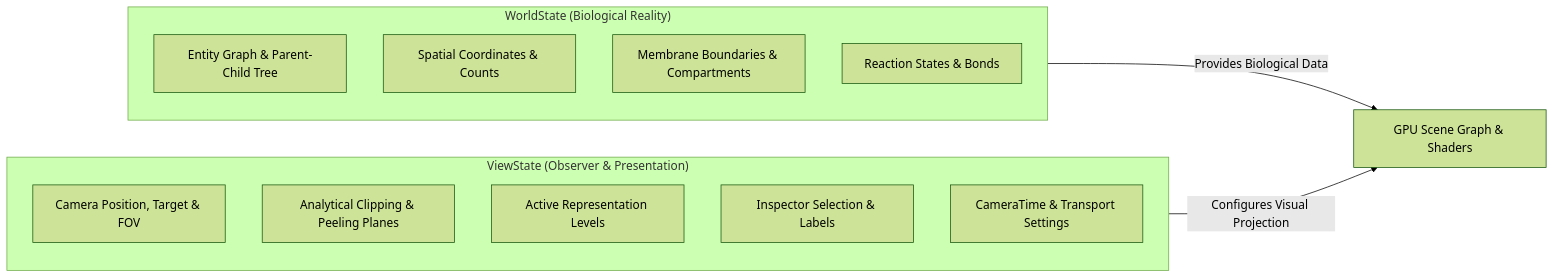
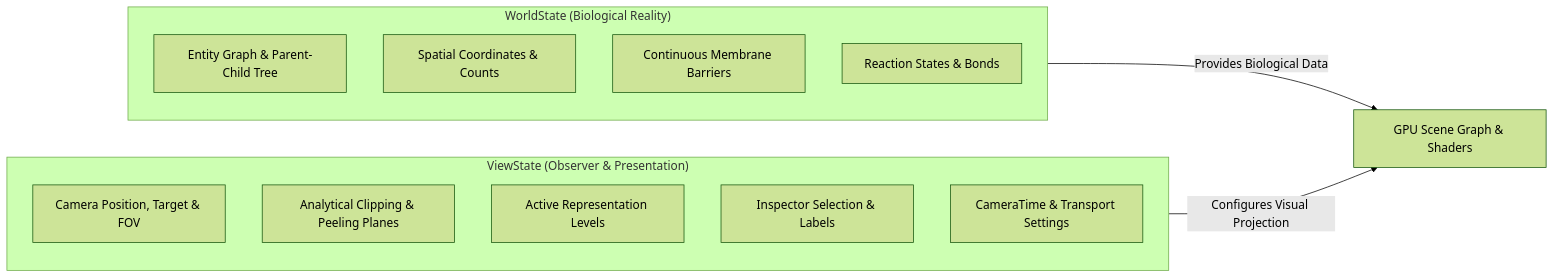
The first of 2 diagrams in docs/MILESTONE_01_SCALE_SPINE_DESIGN.md (thisizkavi-lab/the-seamless-cell), drawn with Mermaid (forest theme) before and after one commit. The commit also changed other lines of this file and 1 other file, not shown here.

Commit message:
docs: incorporate Phase 0 final review corrections across architecture audit and Milestone 1 design

````diff
--- a/docs/MILESTONE_01_SCALE_SPINE_DESIGN.md
+++ b/docs/MILESTONE_01_SCALE_SPINE_DESIGN.md
@@ -78,20 +76,20 @@
 ```mermaid
 graph LR
     subgraph WorldState["WorldState (Biological Reality)"]
         WS_Entities[Entity Graph & Parent-Child Tree]
         WS_Molecules[Spatial Coordinates & Counts]
-        WS_Topology[Membrane Boundaries & Compartments]
+        WS_Topology[Continuous Membrane Barriers]
         WS_Kinetics[Reaction States & Bonds]
     end
 
     subgraph ViewState["ViewState (Observer & Presentation)"]
         VS_Camera[Camera Position, Target & FOV]
         VS_Clip[Analytical Clipping & Peeling Planes]
         VS_LOD[Active Representation Levels]
         VS_Inspect[Inspector Selection & Labels]
         VS_Clocks[CameraTime & Transport Settings]
     end
 
     WorldState -->|Provides Biological Data| RenderPipeline[GPU Scene Graph & Shaders]
     ViewState -->|Configures Visual Projection| RenderPipeline
 ```
````
